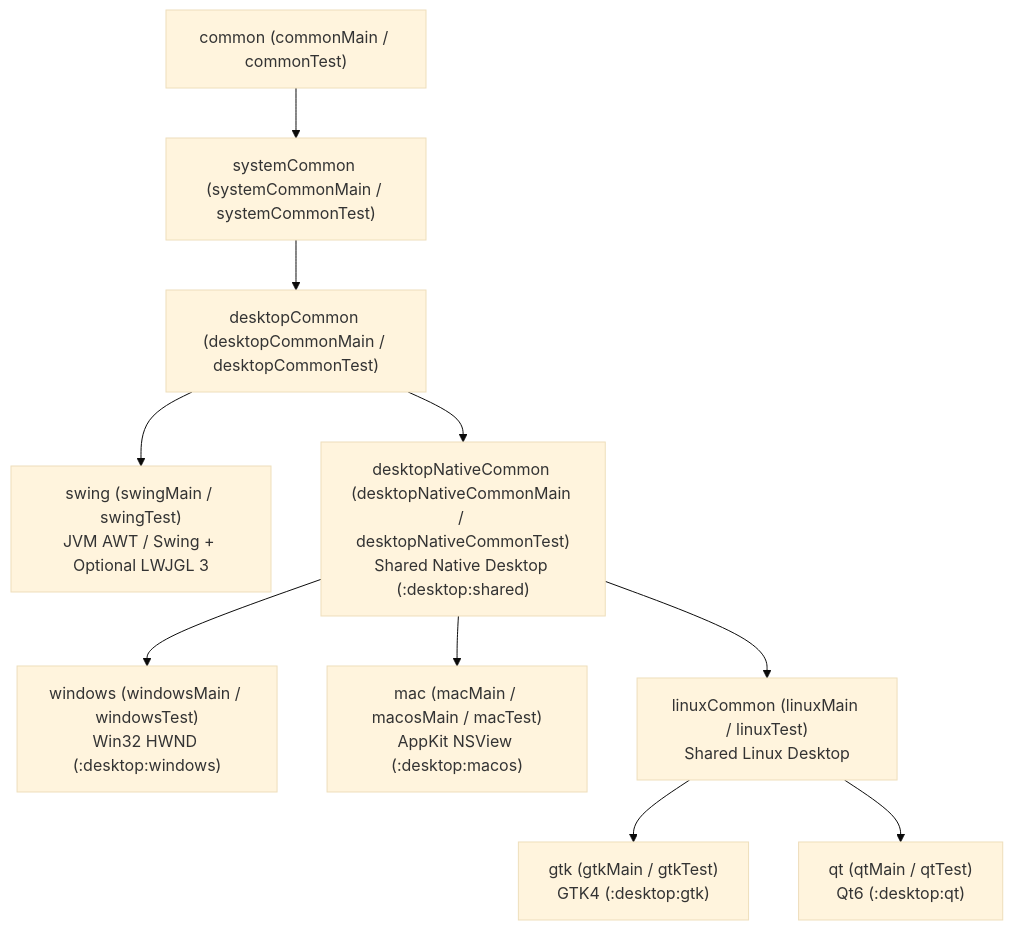
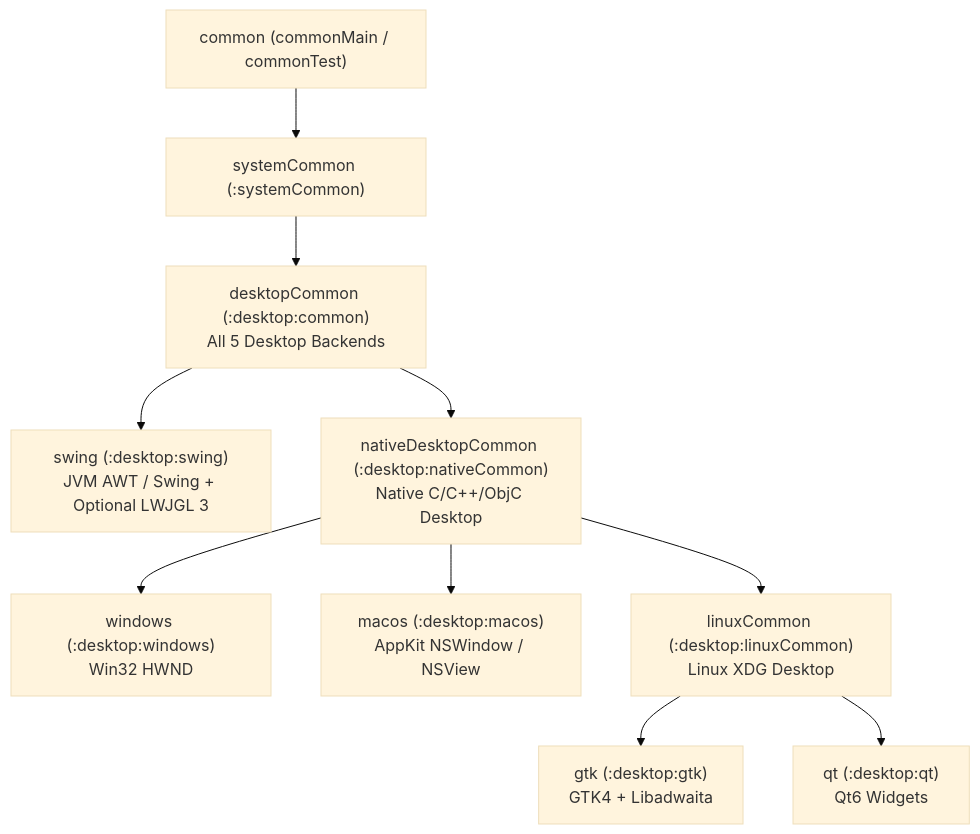
One commit to GenericUI/Desktop changed the diagram in README.md. Above: the diagram before and after it, drawn with Mermaid (base theme). The commit also changed other lines of this file and 126 other files, not shown here.

Commit message:
feat(desktop): restructure into common/nativeCommon/linuxCommon, add backend launchers, resource resolvers, and titlebar capabilities

````diff
--- a/README.md
+++ b/README.md
@@ -30,23 +32,23 @@
 ```mermaid
 flowchart TD
     common["common (commonMain / commonTest)"]
-    systemCommon["systemCommon (systemCommonMain / systemCommonTest)"]
-    desktopCommon["desktopCommon (desktopCommonMain / desktopCommonTest)"]
-    swing["swing (swingMain / swingTest)<br/>JVM AWT / Swing + Optional LWJGL 3"]
-    desktopNativeCommon["desktopNativeCommon (desktopNativeCommonMain / desktopNativeCommonTest)<br/>Shared Native Desktop (:desktop:shared)"]
-    windows["windows (windowsMain / windowsTest)<br/>Win32 HWND (:desktop:windows)"]
-    mac["mac (macMain / macosMain / macTest)<br/>AppKit NSView (:desktop:macos)"]
-    linuxCommon["linuxCommon (linuxMain / linuxTest)<br/>Shared Linux Desktop"]
-    gtk["gtk (gtkMain / gtkTest)<br/>GTK4 (:desktop:gtk)"]
-    qt["qt (qtMain / qtTest)<br/>Qt6 (:desktop:qt)"]
+    systemCommon["systemCommon (:systemCommon)"]
+    desktopCommon["desktopCommon (:desktop:common)<br/>All 5 Desktop Backends"]
+    swing["swing (:desktop:swing)<br/>JVM AWT / Swing + Optional LWJGL 3"]
+    nativeDesktopCommon["nativeDesktopCommon (:desktop:nativeCommon)<br/>Native C/C++/ObjC Desktop"]
+    windows["windows (:desktop:windows)<br/>Win32 HWND"]
+    macos["macos (:desktop:macos)<br/>AppKit NSWindow / NSView"]
+    linuxCommon["linuxCommon (:desktop:linuxCommon)<br/>Linux XDG Desktop"]
+    gtk["gtk (:desktop:gtk)<br/>GTK4 + Libadwaita"]
+    qt["qt (:desktop:qt)<br/>Qt6 Widgets"]
 
     common --> systemCommon
     systemCommon --> desktopCommon
     desktopCommon --> swing
-    desktopCommon --> desktopNativeCommon
-    desktopNativeCommon --> windows
-    desktopNativeCommon --> mac
-    desktopNativeCommon --> linuxCommon
+    desktopCommon --> nativeDesktopCommon
+    nativeDesktopCommon --> windows
+    nativeDesktopCommon --> macos
+    nativeDesktopCommon --> linuxCommon
     linuxCommon --> gtk
     linuxCommon --> qt
 ```
````
